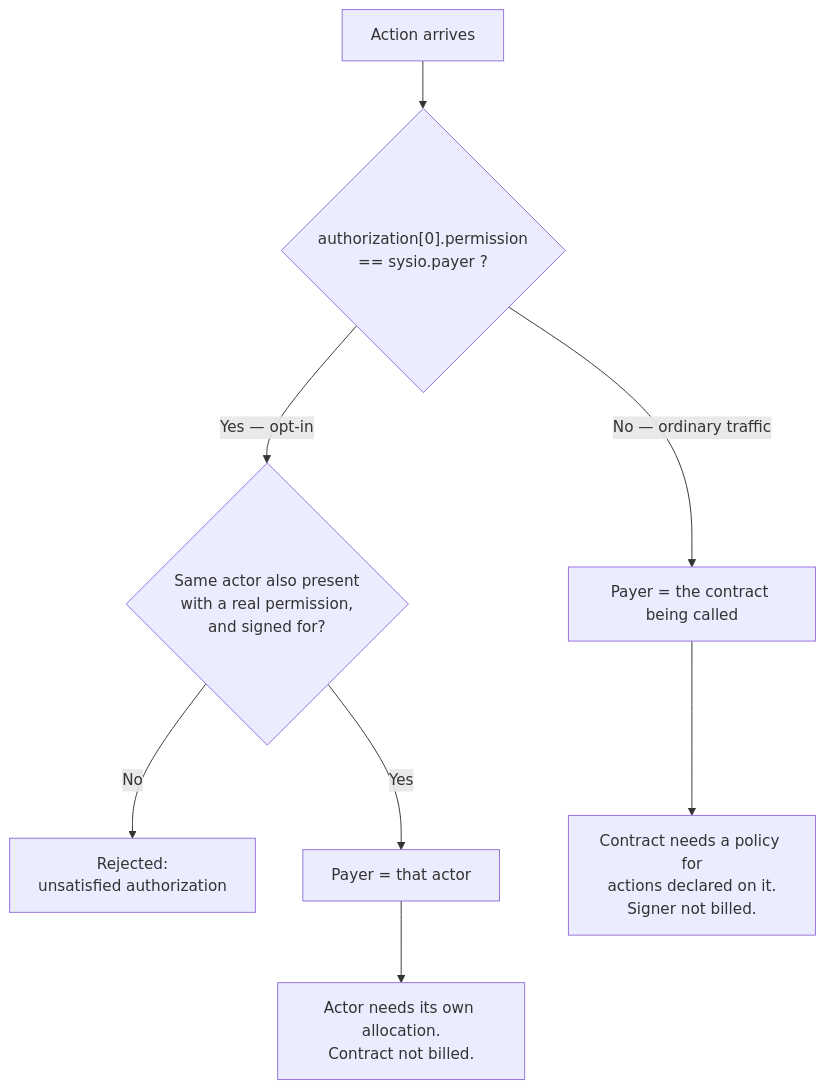
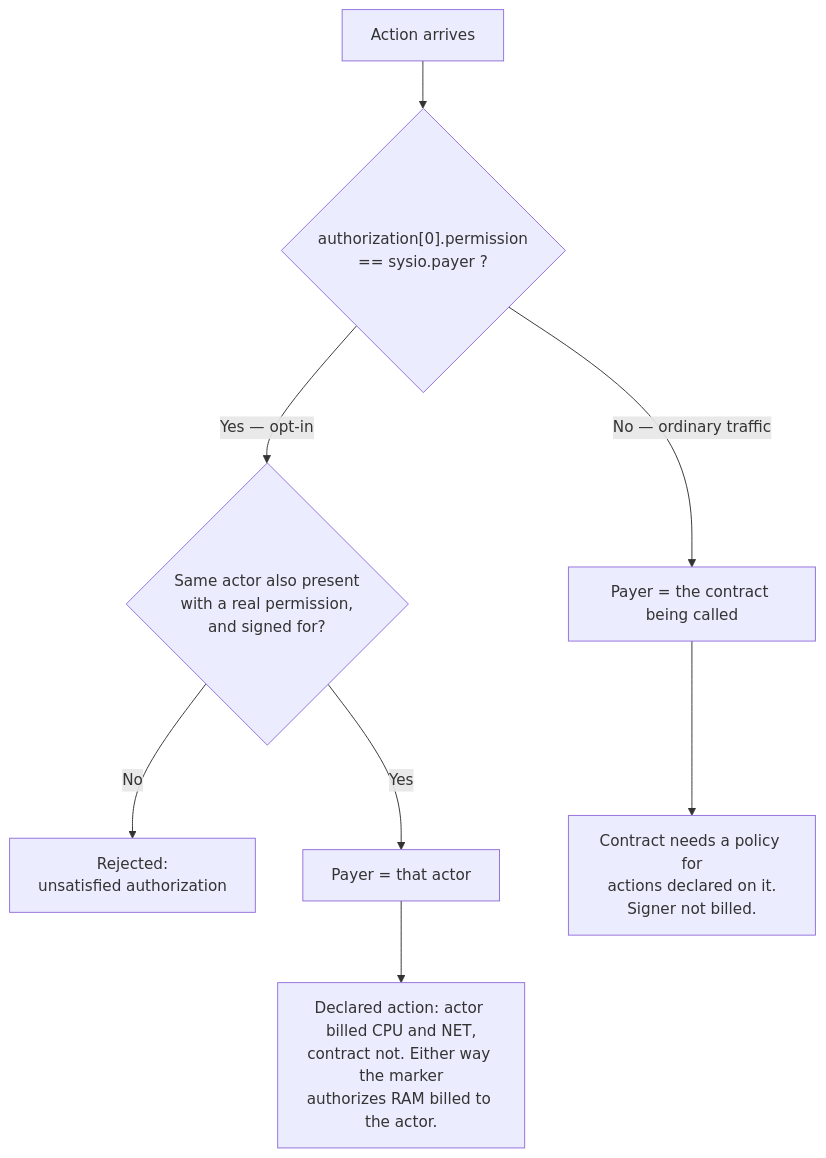
Before and after one commit to Wire-Network/wire-sysio: the diagram in docs/roa-overview.md, drawn with Mermaid. The commit also changed other lines of this file, not shown here.

First line of the commit message:
docs: scope the payer marker's reach to CPU/NET, and note the inline RAM path

````diff
--- a/docs/roa-overview.md
+++ b/docs/roa-overview.md
@@ -151,10 +151,10 @@
 ```mermaid
 flowchart TD
     A["Action arrives"] --> B{"authorization[0].permission<br/>== sysio.payer ?"}
     B -->|"No — ordinary traffic"| C["Payer = the contract being called"]
     B -->|"Yes — opt-in"| D{"Same actor also present<br/>with a real permission,<br/>and signed for?"}
     D -->|"No"| E["Rejected:<br/>unsatisfied authorization"]
     D -->|"Yes"| F["Payer = that actor"]
     C --> G["Contract needs a policy for<br/>actions declared on it.<br/>Signer not billed."]
-    F --> H["Actor needs its own allocation.<br/>Contract not billed."]
+    F --> H["Declared action: actor billed CPU and NET,<br/>contract not. Either way the marker<br/>authorizes RAM billed to the actor."]
 ```
````
